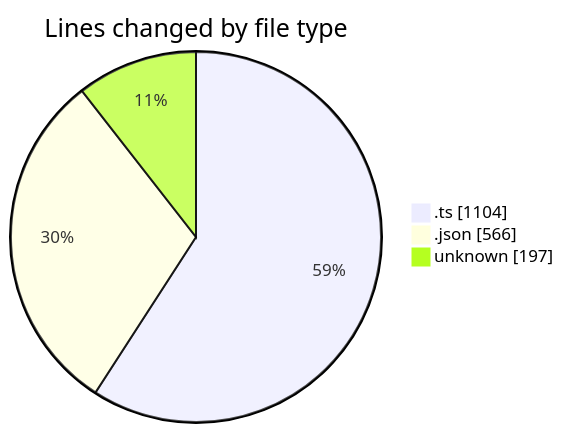
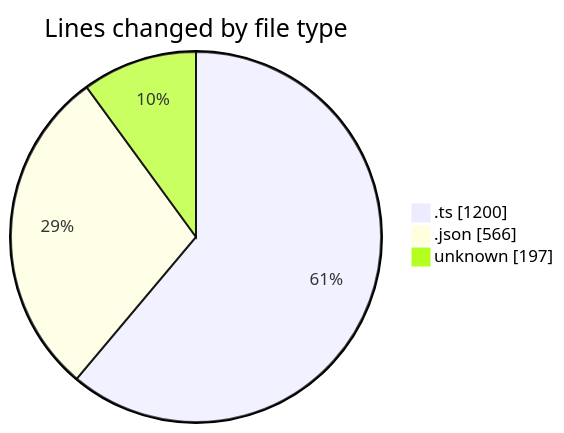
The first of 2 diagrams in 2025-08-24/chatgpt-extension/README.md (EIIisD/code-tracking), drawn with Mermaid before and after one commit. The commit also changed other lines of this file and 1 other file, not shown here.

````diff
--- a/2025-08-24/chatgpt-extension/README.md
+++ b/2025-08-24/chatgpt-extension/README.md
@@ -24,7 +24,7 @@
 ```mermaid
 pie showData
 title Lines changed by file type
-".ts" : 1104
+".ts" : 1200
 ".json" : 566
 "unknown" : 197
 ```
````
